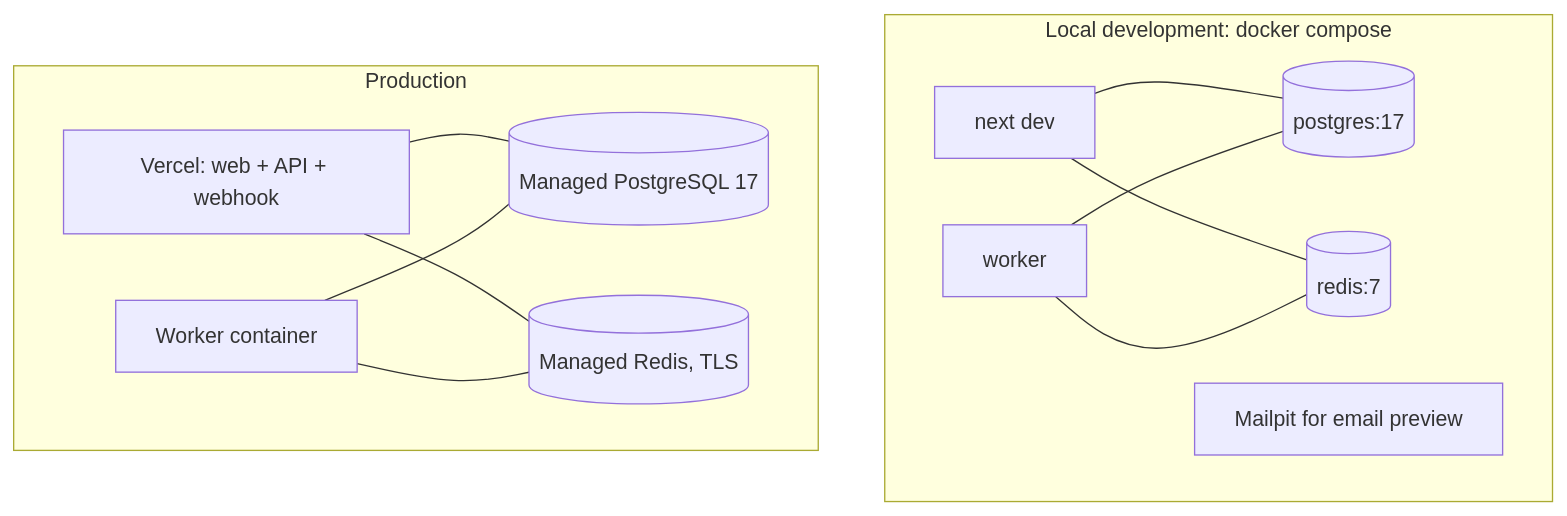
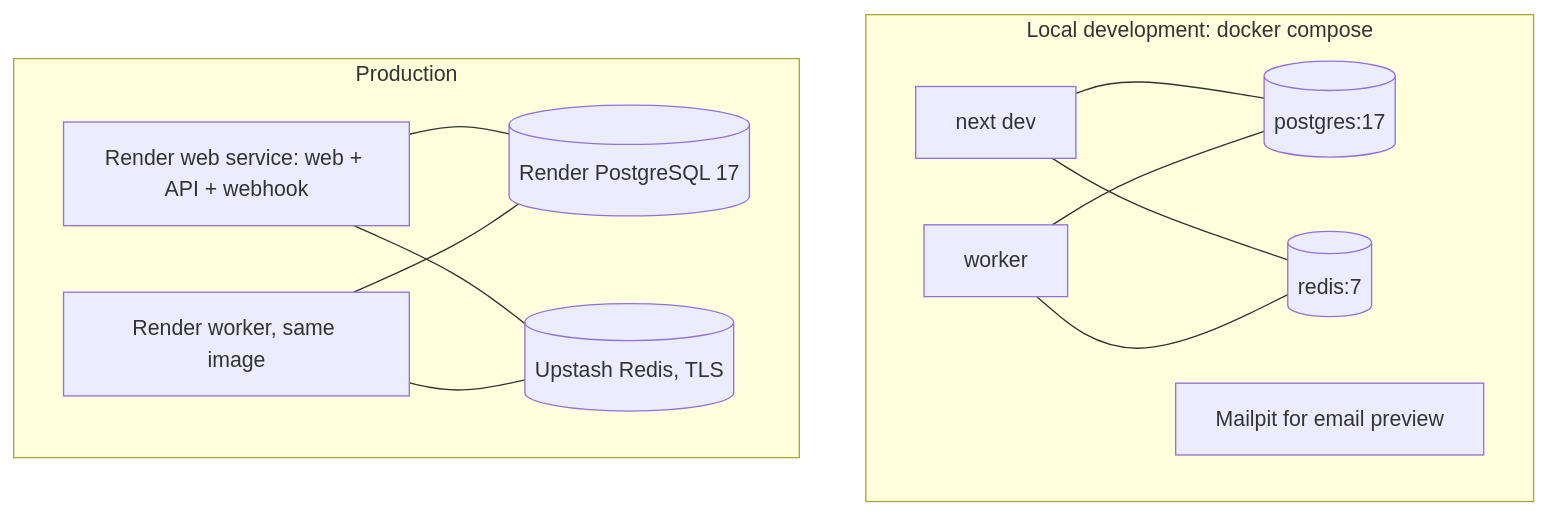
Before and after one commit to aliou21toure-jpg/bookwise: the third of 3 diagrams in docs/architecture.md, drawn with Mermaid. The commit also changed other lines of this file and 27 other files, not shown here.

````diff
--- a/docs/architecture.md
+++ b/docs/architecture.md
@@ -304,16 +304,16 @@
 ```mermaid
 flowchart TB
     subgraph Local["Local development: docker compose"]
         n[next dev] --- pg1[(postgres:17)]
         n --- r1[(redis:7)]
         w1[worker] --- pg1
         w1 --- r1
         ml[Mailpit for email preview]
     end
     subgraph Prod["Production"]
-        V[Vercel: web + API + webhook] --- PG[(Managed PostgreSQL 17)]
-        V --- RD[(Managed Redis, TLS)]
-        WK[Worker container] --- PG
+        V[Render web service: web + API + webhook] --- PG[(Render PostgreSQL 17)]
+        V --- RD[(Upstash Redis, TLS)]
+        WK[Render worker, same image] --- PG
         WK --- RD
     end
 ```
````
